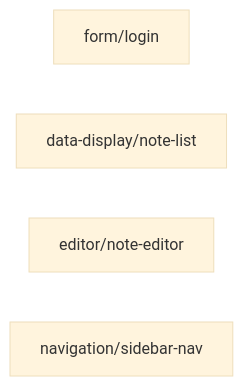
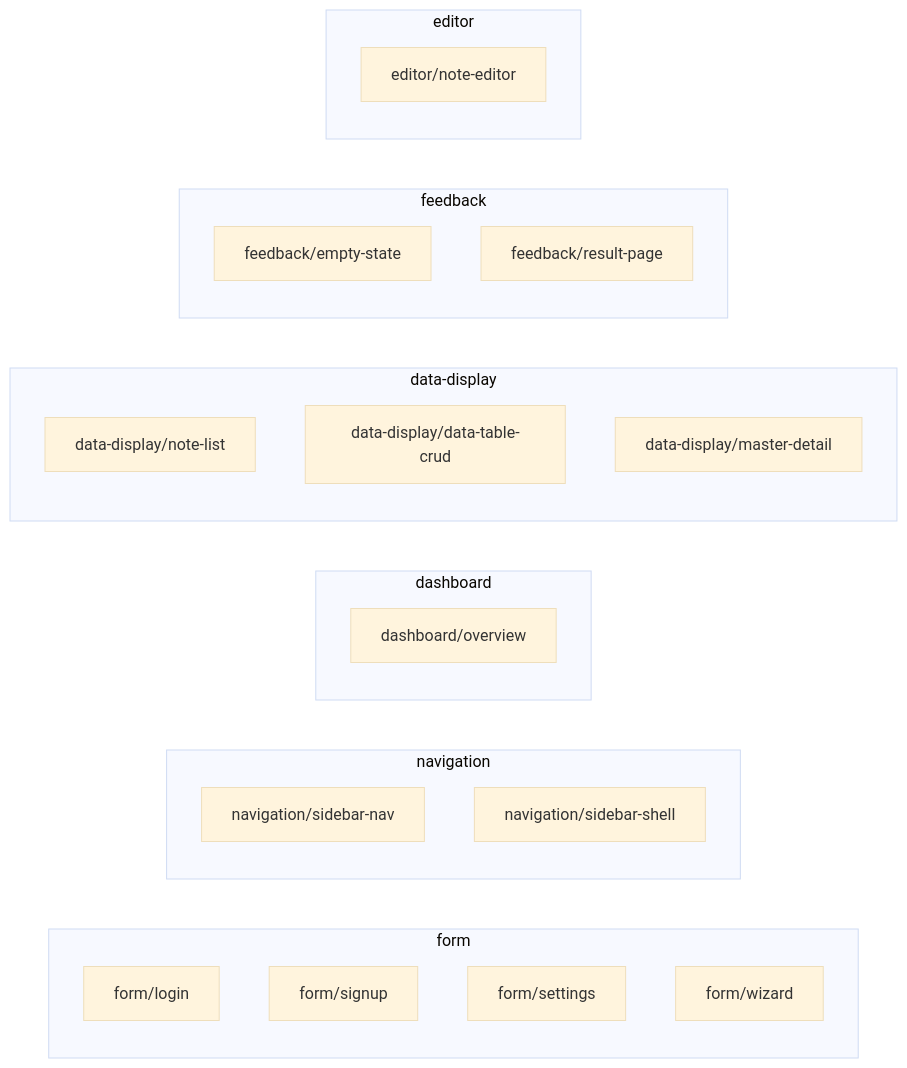
One commit to auto-stack/auto-lang changed the diagram in docs/specs/blueprint/project.md. Above: the diagram before and after it, drawn with Mermaid (base theme). The commit also changed other lines of this file and 35 other files, not shown here.

````diff
--- a/docs/specs/blueprint/project.md
+++ b/docs/specs/blueprint/project.md
@@ -28,11 +45,41 @@
 ```mermaid
 graph LR
-  form[form/login]
-  dd[data-display/note-list]
-  ed[editor/note-editor]
-  nav[navigation/sidebar-nav]
-  click form "./form-login/" "form/login"
-  click dd "./data-display-note-list/" "data-display/note-list"
-  click ed "./editor-note-editor/" "editor/note-editor"
-  click nav "./navigation-sidebar-nav/" "navigation/sidebar-nav"
+  subgraph form
+    login[form/login]
+    signup[form/signup]
+    settings[form/settings]
+    wizard[form/wizard]
+  end
+  subgraph navigation
+    sidebar_nav[navigation/sidebar-nav]
+    sidebar_shell[navigation/sidebar-shell]
+  end
+  subgraph dashboard
+    overview[dashboard/overview]
+  end
+  subgraph data-display
+    note_list[data-display/note-list]
+    dt_crud[data-display/data-table-crud]
+    master_detail[data-display/master-detail]
+  end
+  subgraph feedback
+    empty_state[feedback/empty-state]
+    result_page[feedback/result-page]
+  end
+  subgraph editor
+    note_editor[editor/note-editor]
+  end
+  click login "./form-login/" "form/login"
+  click signup "./form-signup/" "form/signup"
+  click settings "./form-settings/" "form/settings"
+  click wizard "./form-wizard/" "form/wizard"
+  click sidebar_nav "./navigation-sidebar-nav/" "navigation/sidebar-nav"
+  click sidebar_shell "./navigation-sidebar-shell/" "navigation/sidebar-shell"
+  click overview "./dashboard-overview/" "dashboard/overview"
+  click note_list "./data-display-note-list/" "data-display/note-list"
+  click dt_crud "./data-display-data-table-crud/" "data-display/data-table-crud"
+  click master_detail "./data-display-master-detail/" "data-display/master-detail"
+  click empty_state "./feedback-empty-state/" "feedback/empty-state"
+  click result_page "./feedback-result-page/" "feedback/result-page"
+  click note_editor "./editor-note-editor/" "editor/note-editor"
 ```
````
